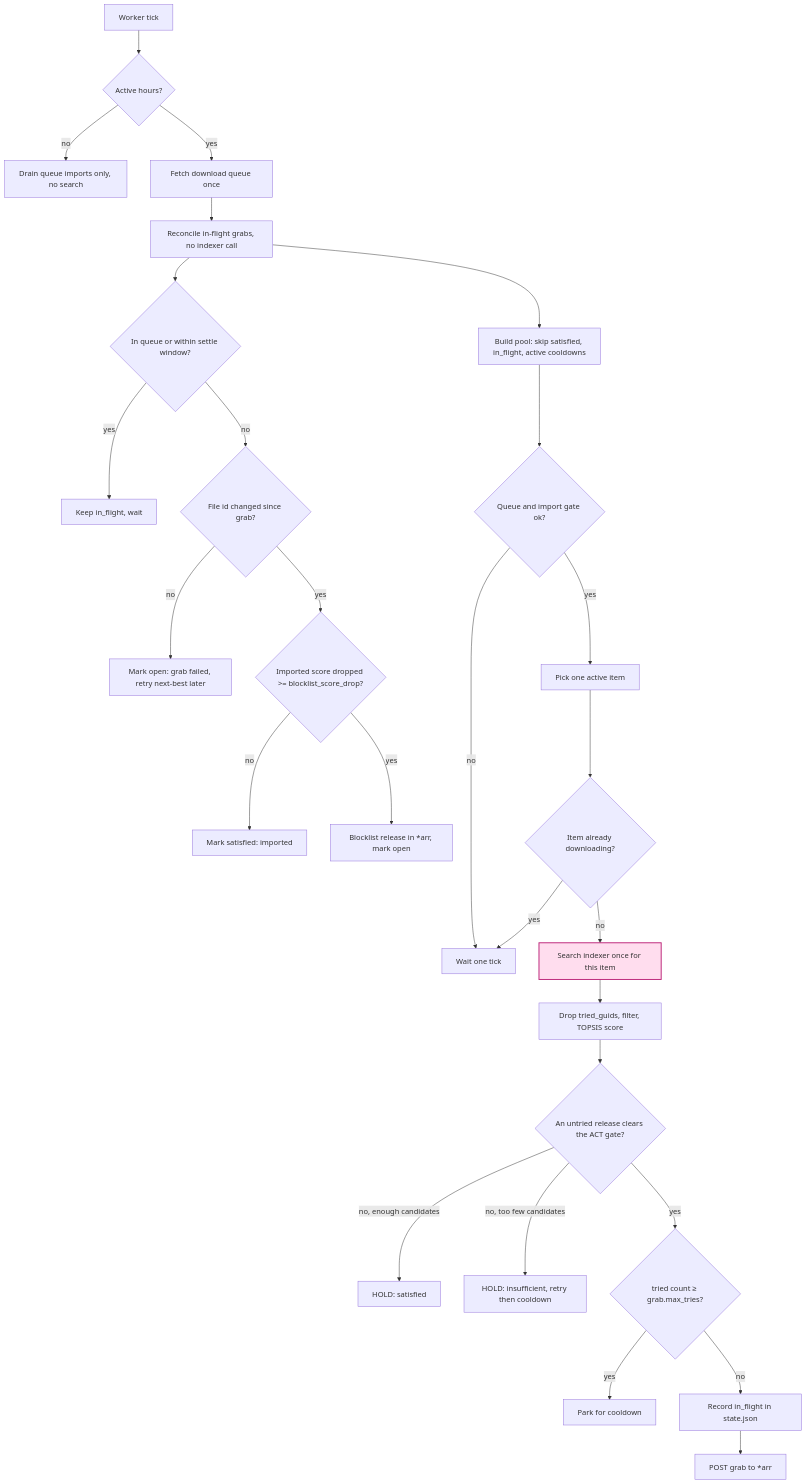
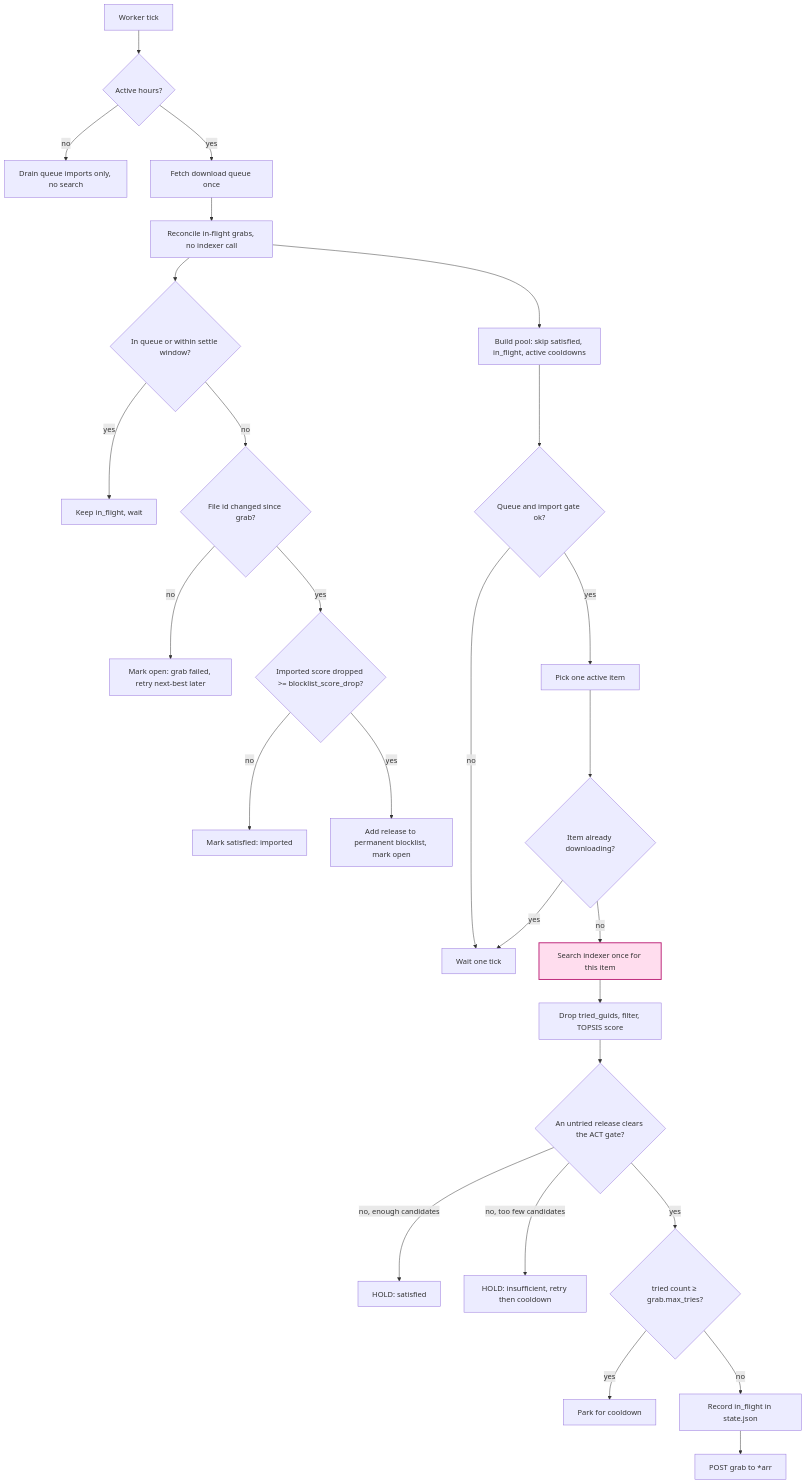
One commit to patrix87/optimizarr changed the first of 2 diagrams in ALGORITHM.md. Above: the diagram before and after it, drawn with Mermaid. The commit also changed other lines of this file and 12 other files, not shown here.

First line of the commit message:
Use an internal permanent blocklist instead of Radarr's

````diff
--- a/ALGORITHM.md
+++ b/ALGORITHM.md
@@ -182,29 +182,29 @@
 ```mermaid
 flowchart TD
     T[Worker tick] --> AH{Active hours?}
     AH -- no --> DR[Drain queue imports only, no search]
     AH -- yes --> Q[Fetch download queue once]
     Q --> RC[Reconcile in-flight grabs, no indexer call]
     RC --> RCq{In queue or within settle window?}
     RCq -- yes --> RCk[Keep in_flight, wait]
     RCq -- no --> RCf{File id changed since grab?}
     RCf -- no --> RCopen[Mark open: grab failed, retry next-best later]
     RCf -- yes --> RCdrop{Imported score dropped >= blocklist_score_drop?}
     RCdrop -- no --> RCsat[Mark satisfied: imported]
-    RCdrop -- yes --> RCbl[Blocklist release in *arr, mark open]
+    RCdrop -- yes --> RCbl[Add release to permanent blocklist, mark open]
     RC --> POOL[Build pool: skip satisfied, in_flight, active cooldowns]
     POOL --> GATE{Queue and import gate ok?}
     GATE -- no --> WAIT[Wait one tick]
     GATE -- yes --> PICK[Pick one active item]
     PICK --> INQ{Item already downloading?}
     INQ -- yes --> WAIT
     INQ -- no --> SRCH[Search indexer once for this item]:::io
     SRCH --> DEC[Drop tried_guids, filter, TOPSIS score]
     DEC --> ACTQ{An untried release clears the ACT gate?}
     ACTQ -- no, enough candidates --> SAT[HOLD: satisfied]
     ACTQ -- no, too few candidates --> INS[HOLD: insufficient, retry then cooldown]
     ACTQ -- yes --> CAP{tried count ≥ grab.max_tries?}
     CAP -- yes --> PARK[Park for cooldown]
     CAP -- no --> REC[Record in_flight in state.json] --> GRAB[POST grab to *arr]
     classDef io fill:#fde,stroke:#b27,stroke-width:2px;
 ```
````
